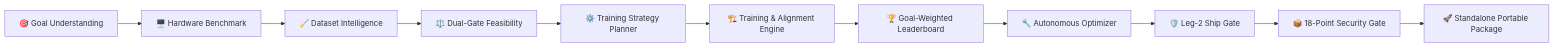
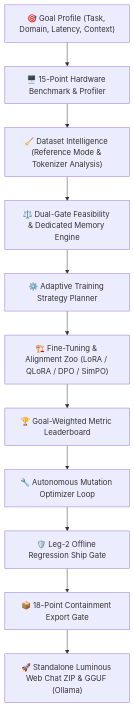
The diagram in README.md (kiransai-62/myai-model-builder), drawn with Mermaid before and after one commit. The commit also changed other lines of this file, not shown here.

Commit message:
docs: redesign README.md with comprehensive hardware intelligence, alignment zoo, and complete CLI reference

````diff
--- a/README.md
+++ b/README.md
@@ -88,13 +92,13 @@
 ```mermaid
-graph LR
-    A[🎯 Goal Understanding] --> B[🖥️ Hardware Benchmark]
-    B --> C[🧹 Dataset Intelligence]
-    C --> D[⚖️ Dual-Gate Feasibility]
-    D --> E[⚙️ Training Strategy Planner]
-    E --> F[🏗️ Training & Alignment Engine]
-    F --> G[🏆 Goal-Weighted Leaderboard]
-    G --> H[🔧 Autonomous Optimizer]
-    H --> I[🛡️ Leg-2 Ship Gate]
-    I --> J[📦 18-Point Security Gate]
-    J --> K[🚀 Standalone Portable Package]
+graph TD
+    A["🎯 Goal Profile (Task, Domain, Latency, Context)"] --> B["🖥️ 15-Point Hardware Benchmark & Profiler"]
+    B --> C["🧹 Dataset Intelligence (Reference Mode & Tokenizer Analysis)"]
+    C --> D["⚖️ Dual-Gate Feasibility & Dedicated Memory Engine"]
+    D --> E["⚙️ Adaptive Training Strategy Planner"]
+    E --> F["🏗️ Fine-Tuning & Alignment Zoo (LoRA / QLoRA / DPO / SimPO)"]
+    F --> G["🏆 Goal-Weighted Metric Leaderboard"]
+    G --> H["🔧 Autonomous Mutation Optimizer Loop"]
+    H --> I["🛡️ Leg-2 Offline Regression Ship Gate"]
+    I --> J["📦 18-Point Containment Export Gate"]
+    J --> K["🚀 Standalone Luminous Web Chat ZIP & GGUF (Ollama)"]
 ```
````
